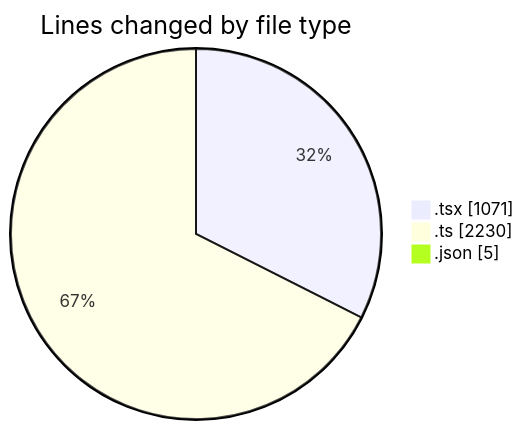
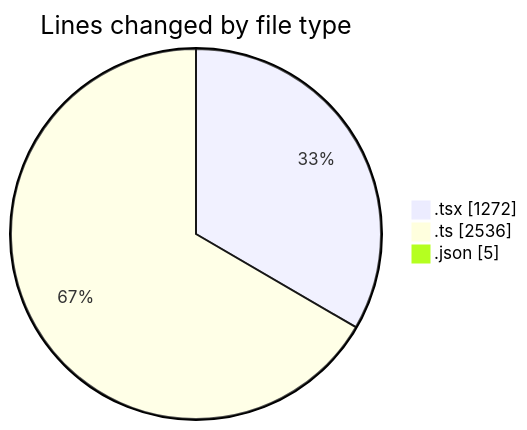
One commit to julien-gomy/code-tracking changed the first of 2 diagrams in 2025-11-23/eventscop-frontend-guide__workspace_/README.md. Above: the diagram before and after it, drawn with Mermaid. The commit also changed other lines of this file and 1 other file, not shown here.

````diff
--- a/2025-11-23/eventscop-frontend-guide__workspace_/README.md
+++ b/2025-11-23/eventscop-frontend-guide__workspace_/README.md
@@ -45,7 +47,7 @@
 ```mermaid
 pie showData
 title Lines changed by file type
-".tsx" : 1071
-".ts" : 2230
+".tsx" : 1272
+".ts" : 2536
 ".json" : 5
 ```
````
